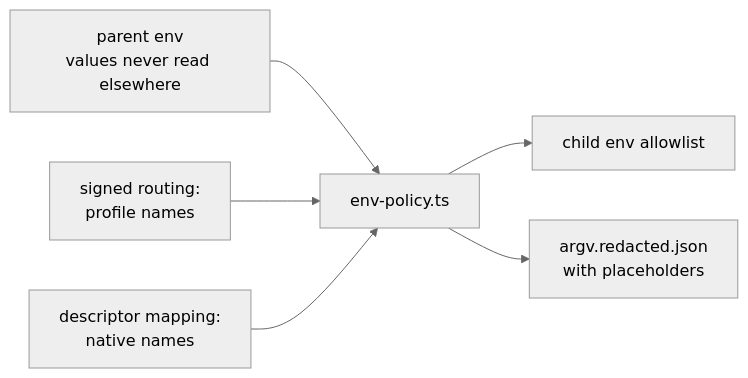
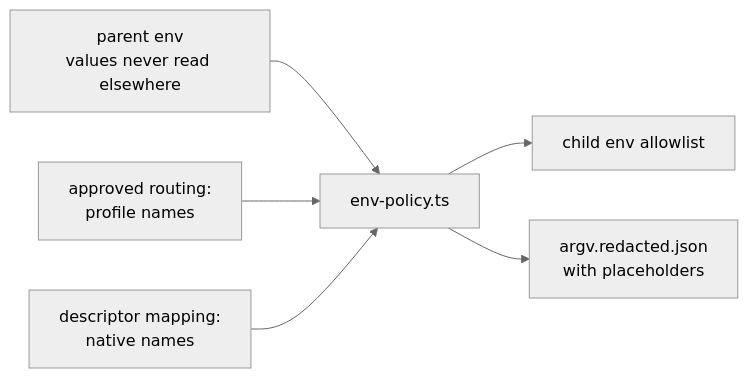
One commit to Qither/keel changed the diagram in docs/10-providers.md. Above: the diagram before and after it, drawn with Mermaid (neutral theme). The commit also changed other lines of this file and 130 other files, not shown here.

````diff
--- a/docs/10-providers.md
+++ b/docs/10-providers.md
@@ -146,8 +146,8 @@
 ```mermaid
 flowchart LR
   P[parent env<br/>values never read elsewhere] --> A[env-policy.ts]
-  S[signed routing:<br/>profile names] --> A
+  S[approved routing:<br/>profile names] --> A
   D[descriptor mapping:<br/>native names] --> A
   A --> C[child env allowlist]
   A --> R[argv.redacted.json<br/>with placeholders]
 ```
````
